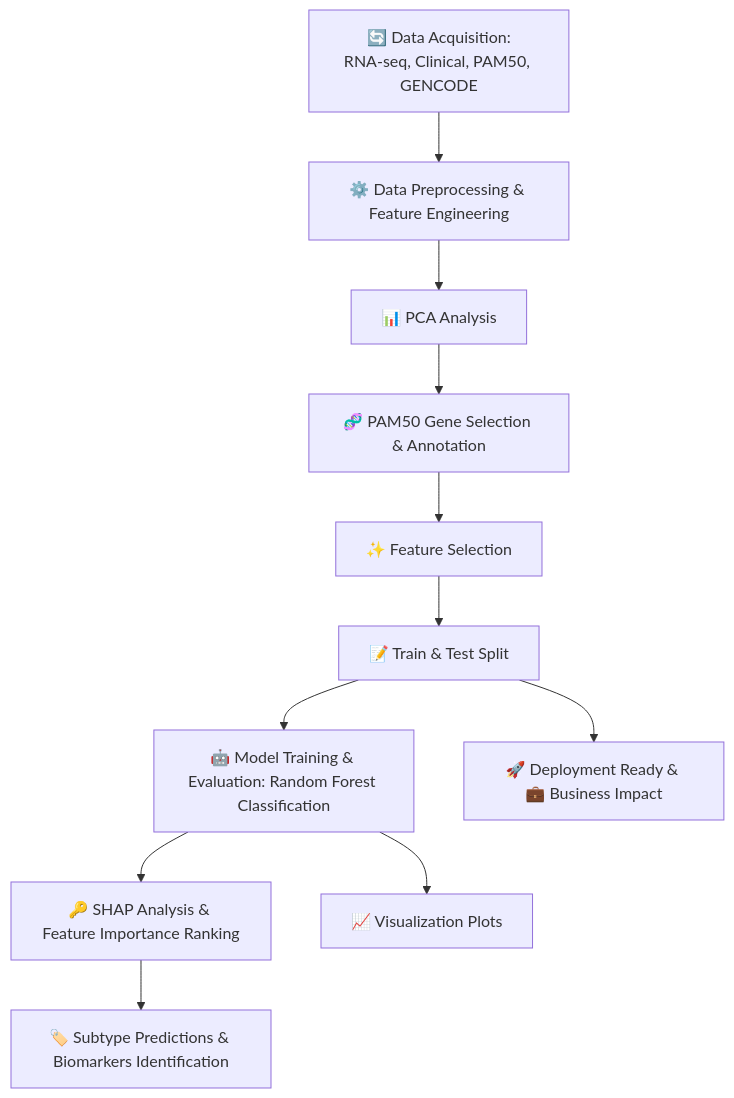
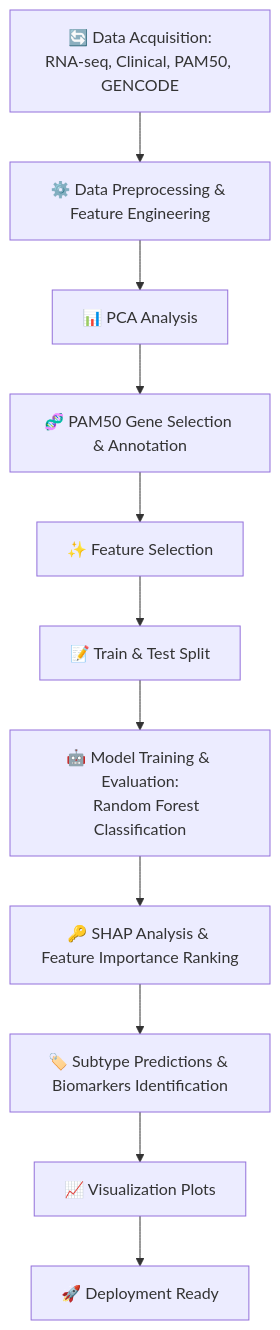
Before and after one commit to Yohansgit/Machine-Learning_Models_Projects: the second of 2 diagrams in mermaid_test.md, drawn with Mermaid.

Commit message:
Fix formatting in mermaid diagram for clarity

````diff
--- a/mermaid_test.md
+++ b/mermaid_test.md
@@ -7,14 +7,15 @@
 ```mermaid        
 flowchart TD                 
 A[🔄 Data Acquisition:
 RNA-seq, Clinical, PAM50, GENCODE] --> B[⚙️ Data Preprocessing & Feature Engineering]                   
     B --> C[📊 PCA Analysis]                      
     C --> D[🧬 PAM50 Gene Selection & Annotation]                      
     D --> E[✨ Feature Selection]                        
     E --> F[📝 Train & Test Split]                
-    F --> G[🤖 Model Training & Evaluation: Random Forest Classification]                 
+    F --> G[🤖 Model Training & Evaluation:
+    Random Forest Classification]                 
     G --> H[🔑 SHAP Analysis & Feature Importance Ranking]                  
     H --> I[🏷️ Subtype Predictions & Biomarkers Identification]               
-    G --> J[📈 Visualization Plots]             
-    F --> K[🚀 Deployment Ready & 💼 Business Impact]                    
+    I --> J[📈 Visualization Plots]             
+    J --> K[🚀 Deployment Ready]                    
 ``` 
````
